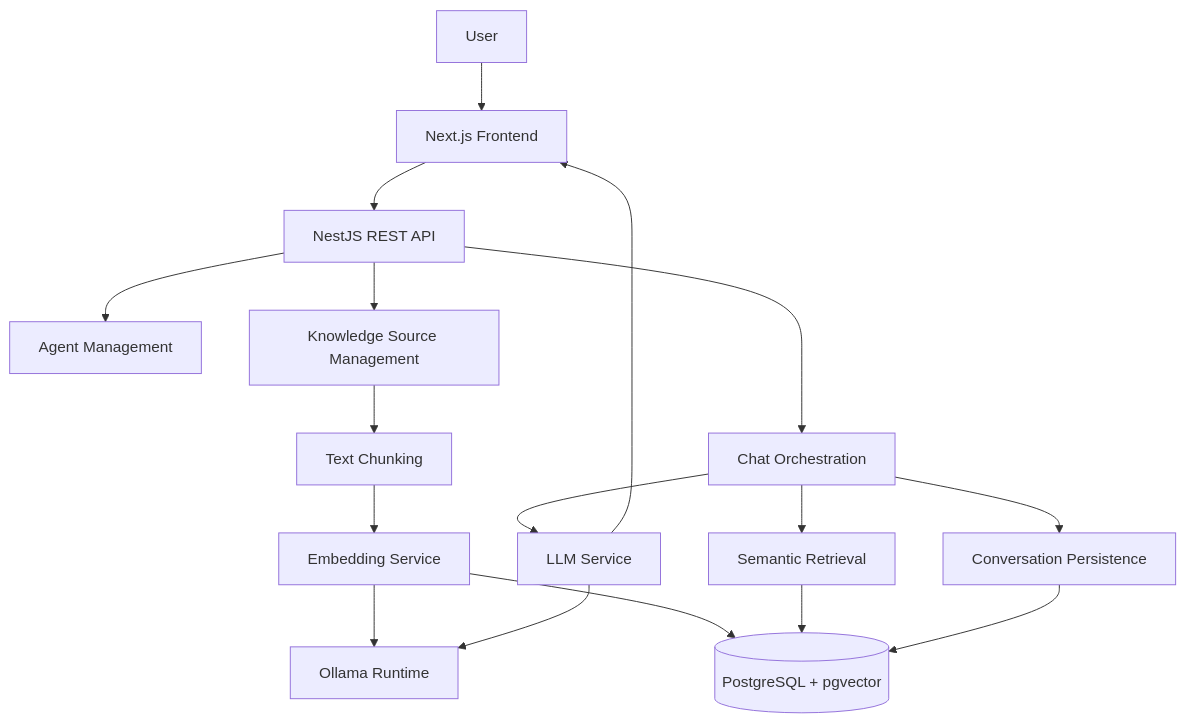
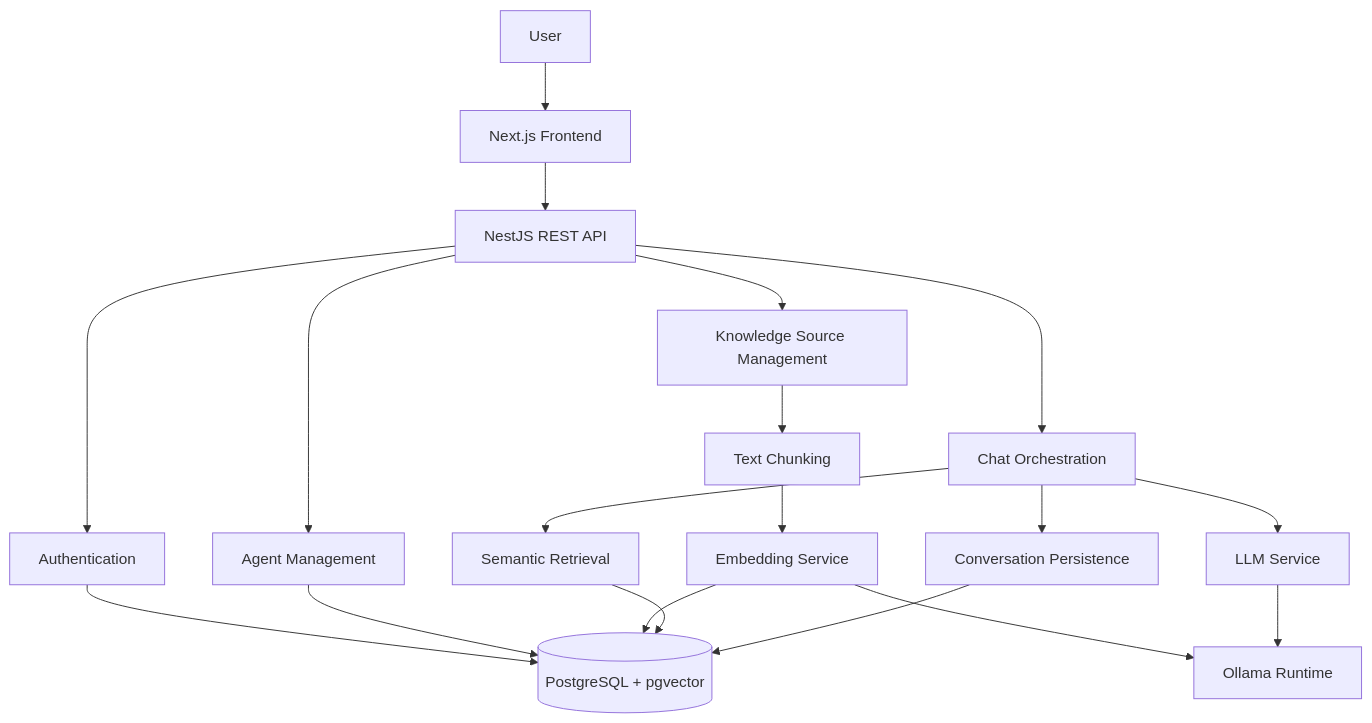
The diagram in README.md (mostafaesmail-tc/SupportAI), drawn with Mermaid before and after one commit. The commit also changed other lines of this file, not shown here.

````diff
--- a/README.md
+++ b/README.md
@@ -85,41 +101,44 @@
 ```mermaid
 flowchart TD
     User[User]
     Web[Next.js Frontend]
     API[NestJS REST API]
 
+    Auth[Authentication]
     Agents[Agent Management]
     Knowledge[Knowledge Source Management]
     Chat[Chat Orchestration]
     Conversations[Conversation Persistence]
 
     Chunking[Text Chunking]
     Embedding[Embedding Service]
     Retrieval[Semantic Retrieval]
     LLMService[LLM Service]
 
     DB[(PostgreSQL + pgvector)]
     Ollama[Ollama Runtime]
 
     User --> Web
     Web --> API
 
+    API --> Auth
     API --> Agents
     API --> Knowledge
     API --> Chat
+
+    Auth --> DB
+    Agents --> DB
 
     Knowledge --> Chunking
     Chunking --> Embedding
     Embedding --> Ollama
     Embedding --> DB
 
     Chat --> Retrieval
     Retrieval --> DB
     Chat --> LLMService
     LLMService --> Ollama
 
     Chat --> Conversations
     Conversations --> DB
-
-    LLMService --> Web
 ```
````
